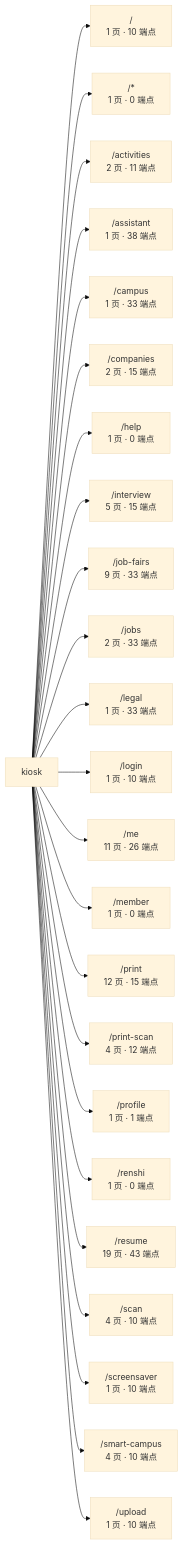
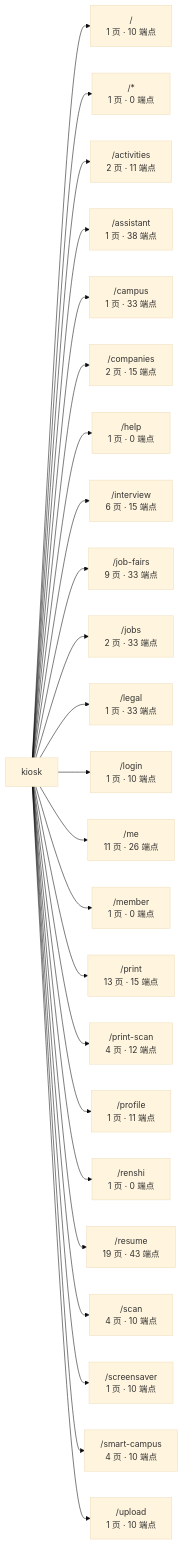
One commit to wanglei581/YITIJI changed the first of 3 diagrams in docs/graph/routes.md. Above: the diagram before and after it, drawn with Mermaid (base theme). The commit also changed other lines of this file and 5 other files, not shown here.

````diff
--- a/docs/graph/routes.md
+++ b/docs/graph/routes.md
@@ -17,27 +17,27 @@
 ```mermaid
 flowchart LR
   app["kiosk"]
   app --> _root_["/<br/>1 页 · 10 端点"]
   app --> _["/*<br/>1 页 · 0 端点"]
   app --> activities["/activities<br/>2 页 · 11 端点"]
   app --> assistant["/assistant<br/>1 页 · 38 端点"]
   app --> campus["/campus<br/>1 页 · 33 端点"]
   app --> companies["/companies<br/>2 页 · 15 端点"]
   app --> help["/help<br/>1 页 · 0 端点"]
-  app --> interview["/interview<br/>5 页 · 15 端点"]
+  app --> interview["/interview<br/>6 页 · 15 端点"]
   app --> job_fairs["/job-fairs<br/>9 页 · 33 端点"]
   app --> jobs["/jobs<br/>2 页 · 33 端点"]
   app --> legal["/legal<br/>1 页 · 33 端点"]
   app --> login["/login<br/>1 页 · 10 端点"]
   app --> me["/me<br/>11 页 · 26 端点"]
   app --> member["/member<br/>1 页 · 0 端点"]
-  app --> print["/print<br/>12 页 · 15 端点"]
+  app --> print["/print<br/>13 页 · 15 端点"]
   app --> print_scan["/print-scan<br/>4 页 · 12 端点"]
-  app --> profile["/profile<br/>1 页 · 1 端点"]
+  app --> profile["/profile<br/>1 页 · 11 端点"]
   app --> renshi["/renshi<br/>1 页 · 0 端点"]
   app --> resume["/resume<br/>19 页 · 43 端点"]
   app --> scan["/scan<br/>4 页 · 10 端点"]
   app --> screensaver["/screensaver<br/>1 页 · 10 端点"]
   app --> smart_campus["/smart-campus<br/>4 页 · 10 端点"]
   app --> upload["/upload<br/>1 页 · 10 端点"]
 ```
````
